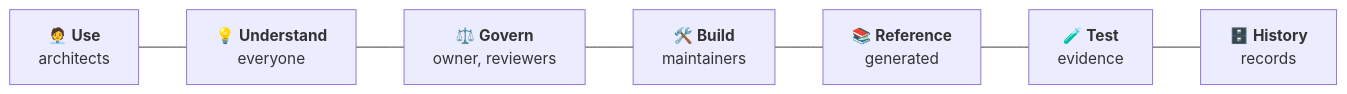
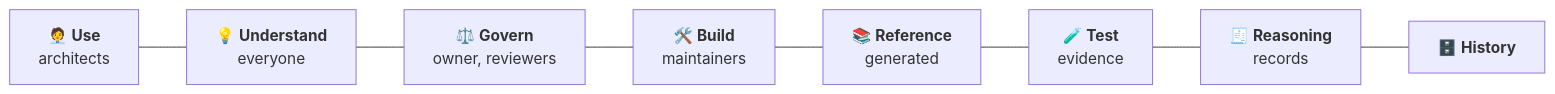
One commit to taumoeps/bian-sdem-framework changed the diagram in docs/README.md. Above: the diagram before and after it, drawn with Mermaid. The commit also changed other lines of this file and 26 other files, not shown here.

````diff
--- a/docs/README.md
+++ b/docs/README.md
@@ -5,4 +5,4 @@
 ```mermaid
 flowchart LR
-    U["🧑‍💼 <b>Use</b><br/>architects"] --- N["💡 <b>Understand</b><br/>everyone"] --- G["⚖️ <b>Govern</b><br/>owner, reviewers"] --- B["🛠️ <b>Build</b><br/>maintainers"] --- R["📚 <b>Reference</b><br/>generated"] --- T["🧪 <b>Test</b><br/>evidence"] --- H["🗄️ <b>History</b><br/>records"]
+    U["🧑‍💼 <b>Use</b><br/>architects"] --- N["💡 <b>Understand</b><br/>everyone"] --- G["⚖️ <b>Govern</b><br/>owner, reviewers"] --- B["🛠️ <b>Build</b><br/>maintainers"] --- R["📚 <b>Reference</b><br/>generated"] --- T["🧪 <b>Test</b><br/>evidence"] --- E["🧾 <b>Reasoning</b><br/>records"] --- H["🗄️ <b>History</b>"]
 ```
````
